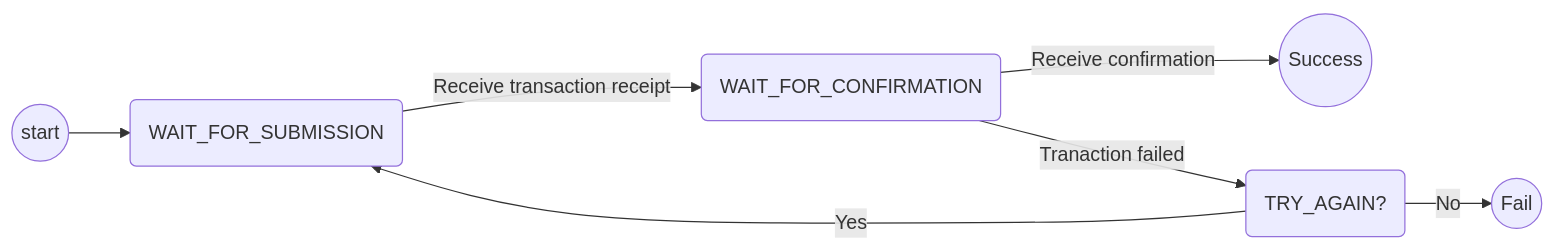
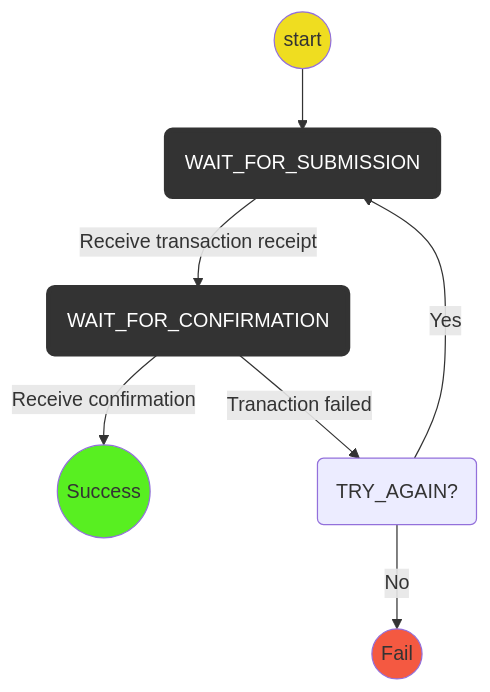
Before and after one commit to statechannels/statechannels: the first of 2 diagrams in packages/wallet/packages/wallet/notes/structuring-the-wallet.md, drawn with Mermaid. The commit also changed other lines of this file and 158 other files, not shown here.

````diff
--- a/packages/wallet/packages/wallet/notes/structuring-the-wallet.md
+++ b/packages/wallet/packages/wallet/notes/structuring-the-wallet.md
@@ -34,9 +36,17 @@
 ```mermaid
-graph LR
+graph TD
   S((start)) --> WFS(WAIT_FOR_SUBMISSION)
   WFS --> |Receive transaction receipt| WFC(WAIT_FOR_CONFIRMATION)
   WFC --> |Receive confirmation| SUCCESS((Success))
   WFC --> |Tranaction failed| TA(TRY_AGAIN?)
   TA --> |Yes| WFS
   TA --> |No| FAIL((Fail))
+  classDef logic fill:#efdd20;
+  classDef Success fill:#58ef21;
+  classDef Failure fill:#f45941;
+  classDef WaitForChildProtocol stroke:#333,stroke-width:4px,color:#ffff,fill:#333;
+  class S logic
+  class SUCCESS Success;
+  class FAIL Failure;
+  class WFS,WFC WaitForChildProtocol;
 ```
````
